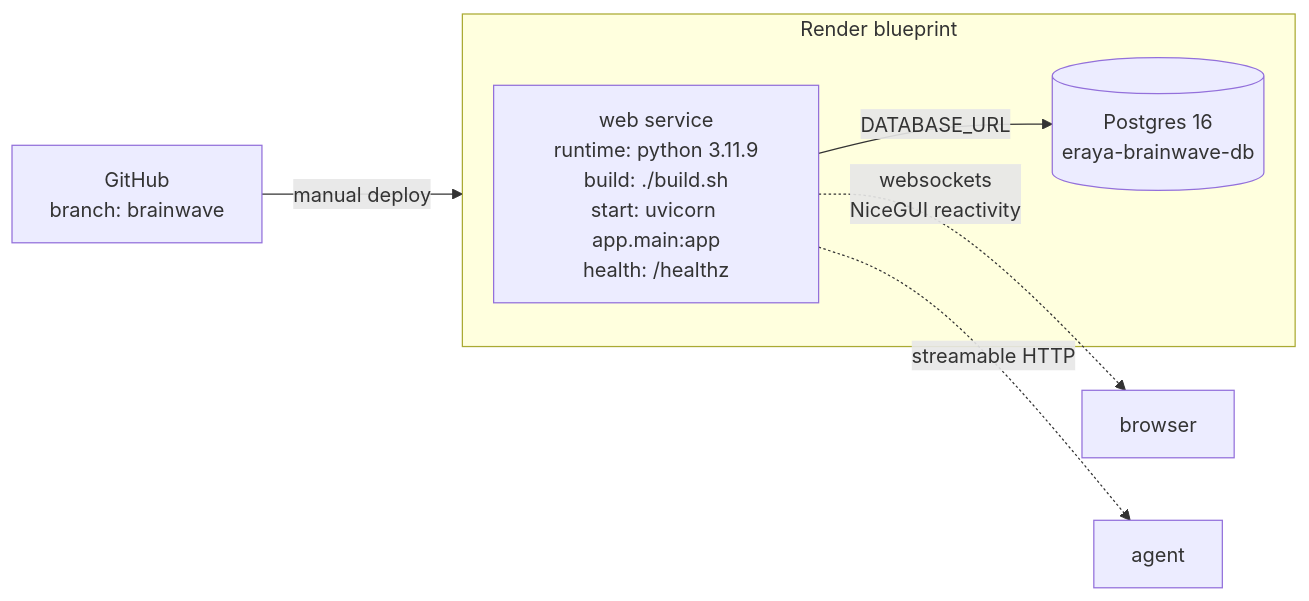
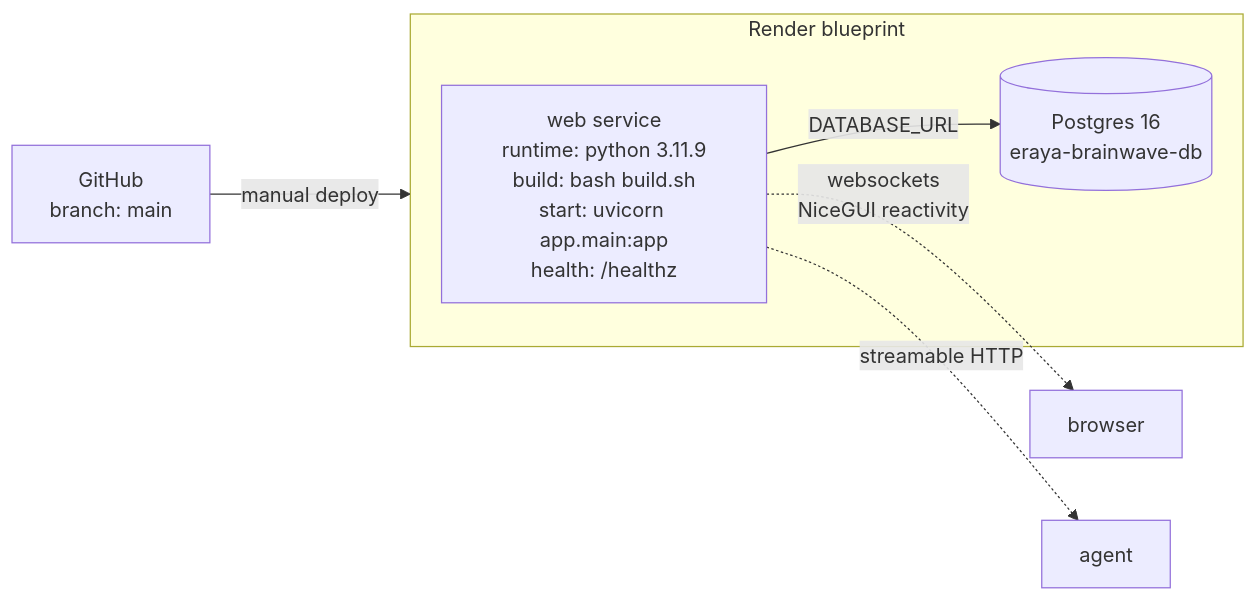
Before and after one commit to martian3062/brainwave: the fifth of 5 diagrams in README.md, drawn with Mermaid. The commit also changed other lines of this file and 86 other files, not shown here.

````diff
--- a/README.md
+++ b/README.md
@@ -327,11 +327,11 @@
 ```mermaid
 flowchart LR
-    GH["GitHub<br/>branch: brainwave"] -->|manual deploy| RS
+    GH["GitHub<br/>branch: main"] -->|manual deploy| RS
     subgraph RS["Render blueprint"]
-        WEB["web service<br/>runtime: python 3.11.9<br/>build: ./build.sh<br/>start: uvicorn app.main:app<br/>health: /healthz"]
+        WEB["web service<br/>runtime: python 3.11.9<br/>build: bash build.sh<br/>start: uvicorn app.main:app<br/>health: /healthz"]
         DB[("Postgres 16<br/>eraya-brainwave-db")]
         WEB -->|DATABASE_URL| DB
     end
     WEB -.->|websockets<br/>NiceGUI reactivity| BROWSER["browser"]
     WEB -.->|streamable HTTP| AGENT["agent"]
 ```
````
